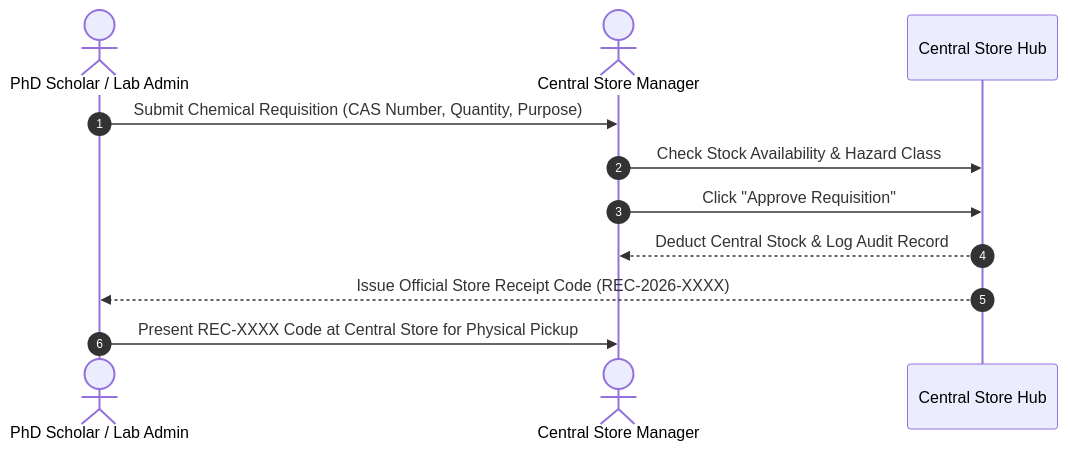
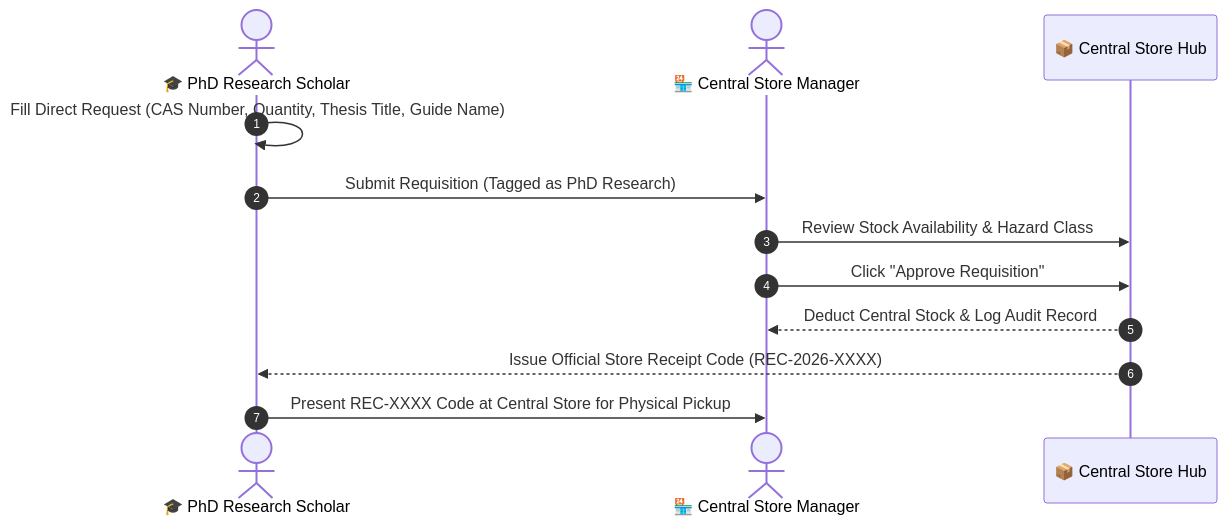
The second of 4 diagrams in README.md (rasayanflowsgsits-creator/RasayanFlow2.0), drawn with Mermaid before and after one commit. The commit also changed other lines of this file, not shown here.

Commit message:
README: Add 4 graphical Mermaid sequence diagrams & flowcharts for B.Pharm student practical borrow, PhD direct store requisition, Lab Admin bulk replenishment, and Super Admin provisioning

````diff
--- a/README.md
+++ b/README.md
@@ -120,14 +98,15 @@
 ```mermaid
 sequenceDiagram
     autonumber
-    actor PhD as PhD Scholar / Lab Admin
-    actor SM as Central Store Manager
-    participant Store as Central Store Hub
+    actor PhD as 🎓 PhD Research Scholar
+    actor StoreMgr as 🏪 Central Store Manager
+    participant CentralStore as 📦 Central Store Hub
 
-    PhD->>SM: Submit Chemical Requisition (CAS Number, Quantity, Purpose)
-    SM->>Store: Check Stock Availability & Hazard Class
-    SM->>Store: Click "Approve Requisition"
-    Store-->>SM: Deduct Central Stock & Log Audit Record
-    Store-->>PhD: Issue Official Store Receipt Code (REC-2026-XXXX)
-    PhD->>SM: Present REC-XXXX Code at Central Store for Physical Pickup
+    PhD->>PhD: Fill Direct Request (CAS Number, Quantity, Thesis Title, Guide Name)
+    PhD->>StoreMgr: Submit Requisition (Tagged as PhD Research)
+    StoreMgr->>CentralStore: Review Stock Availability & Hazard Class
+    StoreMgr->>CentralStore: Click "Approve Requisition"
+    CentralStore-->>StoreMgr: Deduct Central Stock & Log Audit Record
+    CentralStore-->>PhD: Issue Official Store Receipt Code (REC-2026-XXXX)
+    PhD->>StoreMgr: Present REC-XXXX Code at Central Store for Physical Pickup
 ```
````
